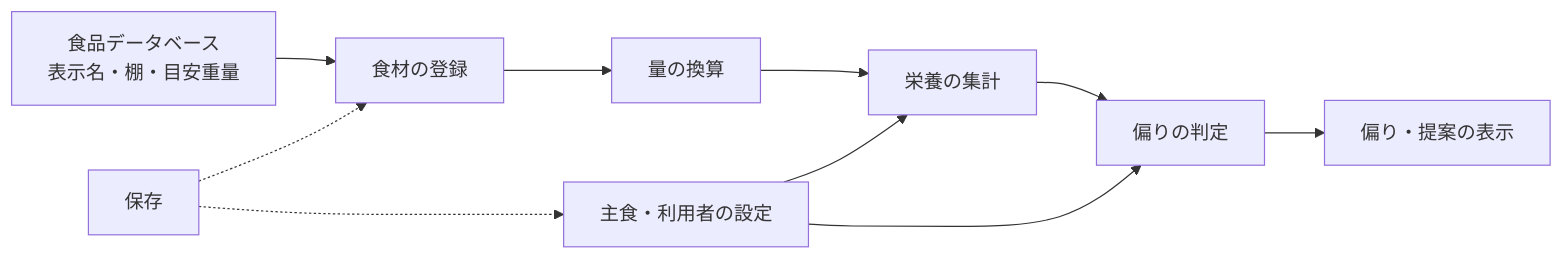
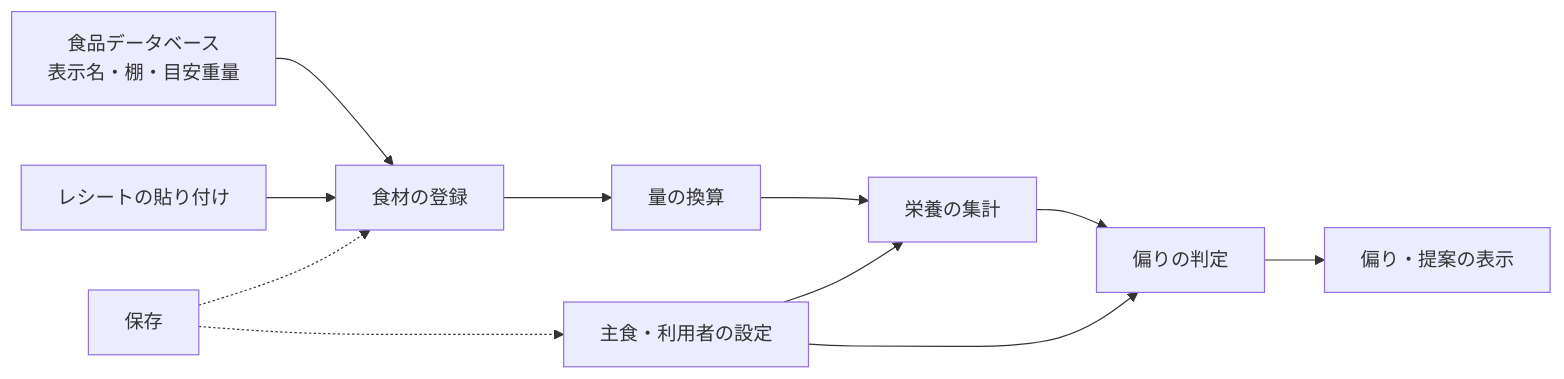
Before and after one commit to sakana396/week-meal: the diagram in docs/02_requirements/srs.md, drawn with Mermaid. The commit also changed other lines of this file and 6 other files, not shown here.

````diff
--- a/docs/02_requirements/srs.md
+++ b/docs/02_requirements/srs.md
@@ -60,12 +60,13 @@
 ```mermaid
 flowchart LR
   FDB[食品データベース<br/>表示名・棚・目安重量] --> ING[食材の登録]
+  RCP[レシートの貼り付け] --> ING
   ING --> QTY[量の換算]
   STP[主食・利用者の設定] --> NUT
   QTY --> NUT[栄養の集計]
   NUT --> BAL[偏りの判定]
   STP --> BAL
   BAL --> UI[偏り・提案の表示]
   SYS[保存] -.-> ING
   SYS -.-> STP
 ```
````
